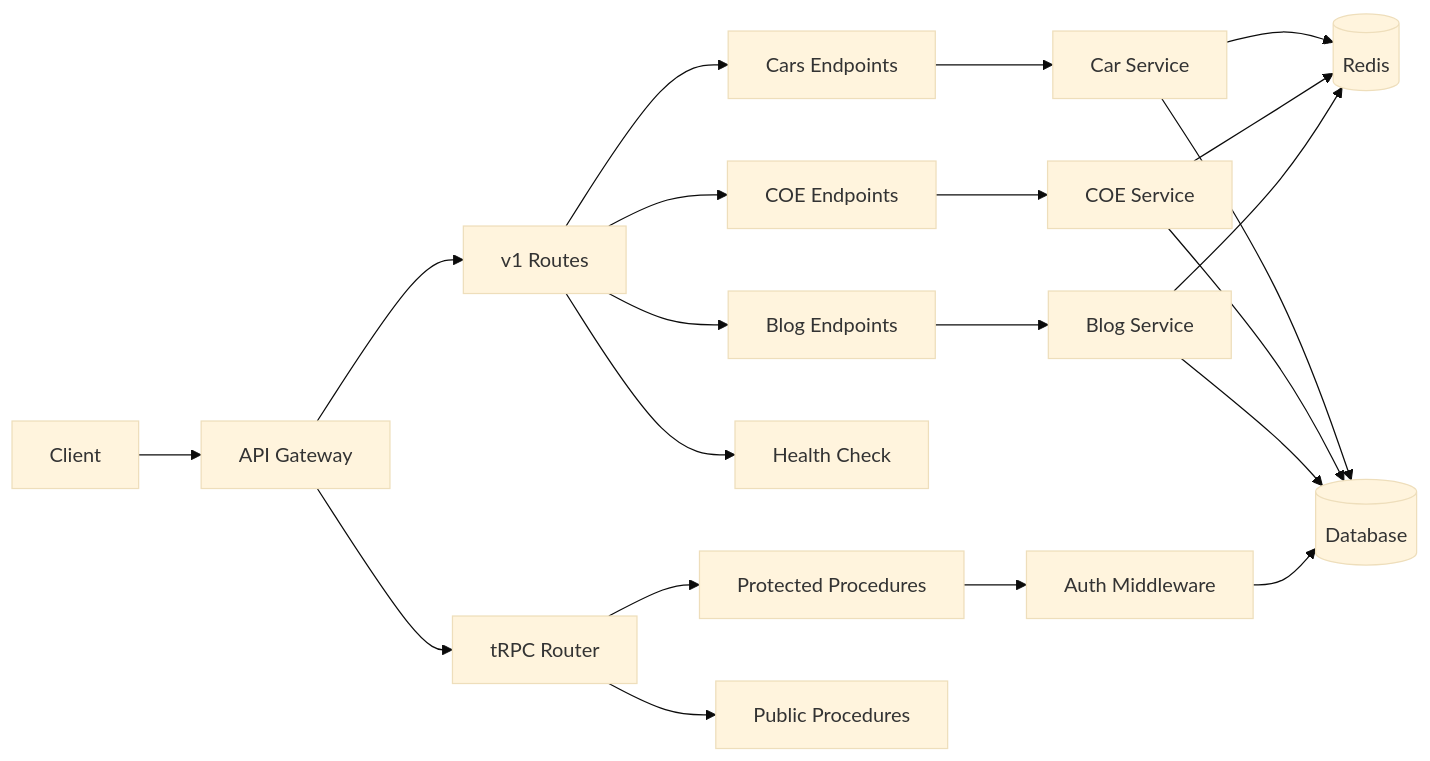
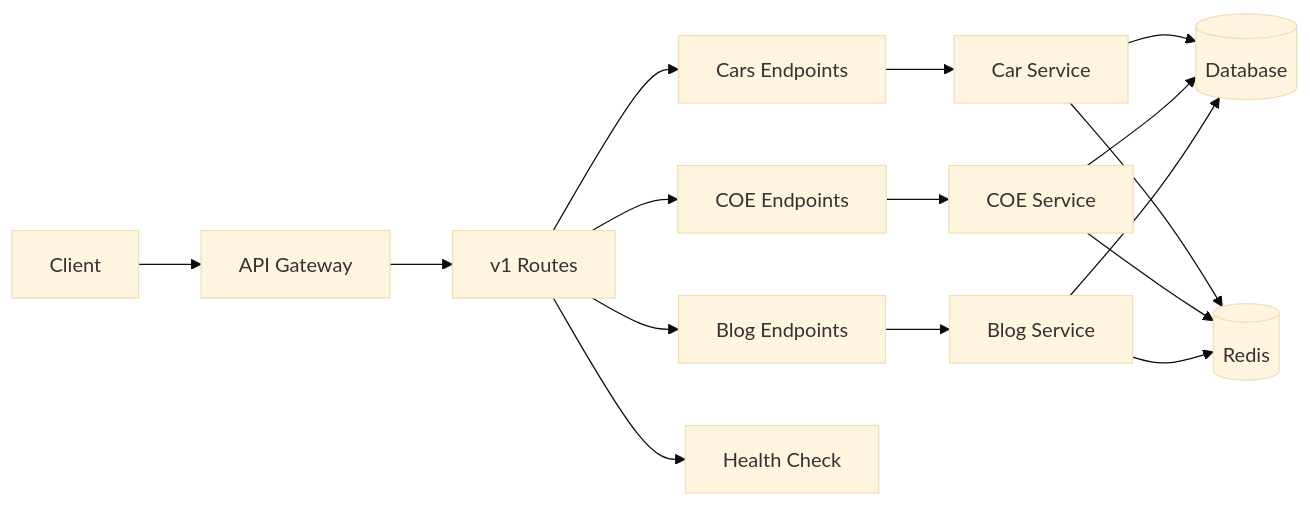
One commit to sgcarstrends/sgcarstrends changed the fourth of 17 diagrams in .claude/skills/mermaid-diagrams/SKILL.md. Above: the diagram before and after it, drawn with Mermaid (base theme). The commit also changed 22 other files, not shown here.

Commit message:
chore(api): remove unused tRPC infrastructure

````diff
--- a/.claude/skills/mermaid-diagrams/SKILL.md
+++ b/.claude/skills/mermaid-diagrams/SKILL.md
@@ -206,30 +206,23 @@
 ```mermaid
 graph LR
     Client[Client] --> API[API Gateway]
 
     API --> V1[v1 Routes]
 
     V1 --> Cars[Cars Endpoints]
     V1 --> COE[COE Endpoints]
     V1 --> Blog[Blog Endpoints]
     V1 --> Health[Health Check]
 
     Cars --> CarService[Car Service]
     COE --> COEService[COE Service]
     Blog --> BlogService[Blog Service]
 
     CarService --> DB[(Database)]
     COEService --> DB
     BlogService --> DB
 
     CarService --> Cache[(Redis)]
     COEService --> Cache
     BlogService --> Cache
-
-    API --> tRPC[tRPC Router]
-    tRPC --> Protected[Protected Procedures]
-    tRPC --> Public[Public Procedures]
-
-    Protected --> Auth[Auth Middleware]
-    Auth --> DB
 ```
````
